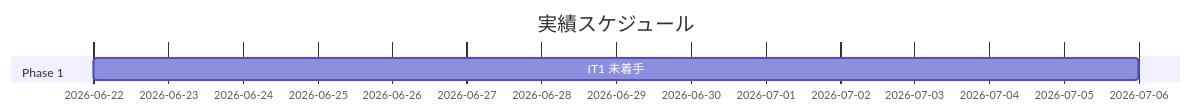
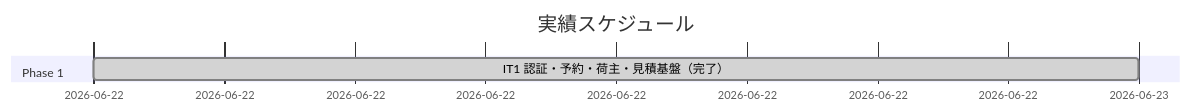
Before and after one commit to k2works/case-study-cargo-tracker: the second of 3 diagrams in docs/development/release_plan.md, drawn with Mermaid. The commit also changed other lines of this file and 5 other files, not shown here.

````diff
--- a/docs/development/release_plan.md
+++ b/docs/development/release_plan.md
@@ -192,7 +192,7 @@
 ```mermaid
 gantt
     title 実績スケジュール
     dateFormat  YYYY-MM-DD
     section Phase 1
-    IT1 未着手                          :p1-1, 2026-06-22, 14d
+    IT1 認証・予約・荷主・見積基盤（完了）  :done, a1, 2026-06-22, 1d
 ```
````
